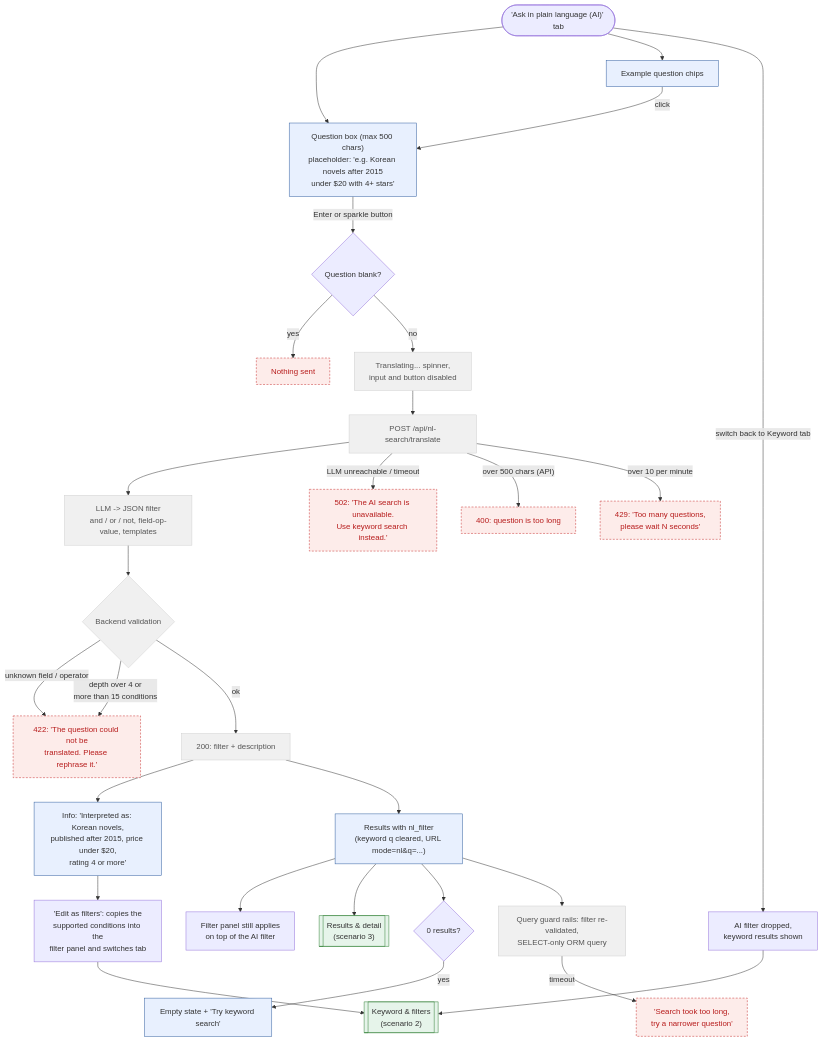
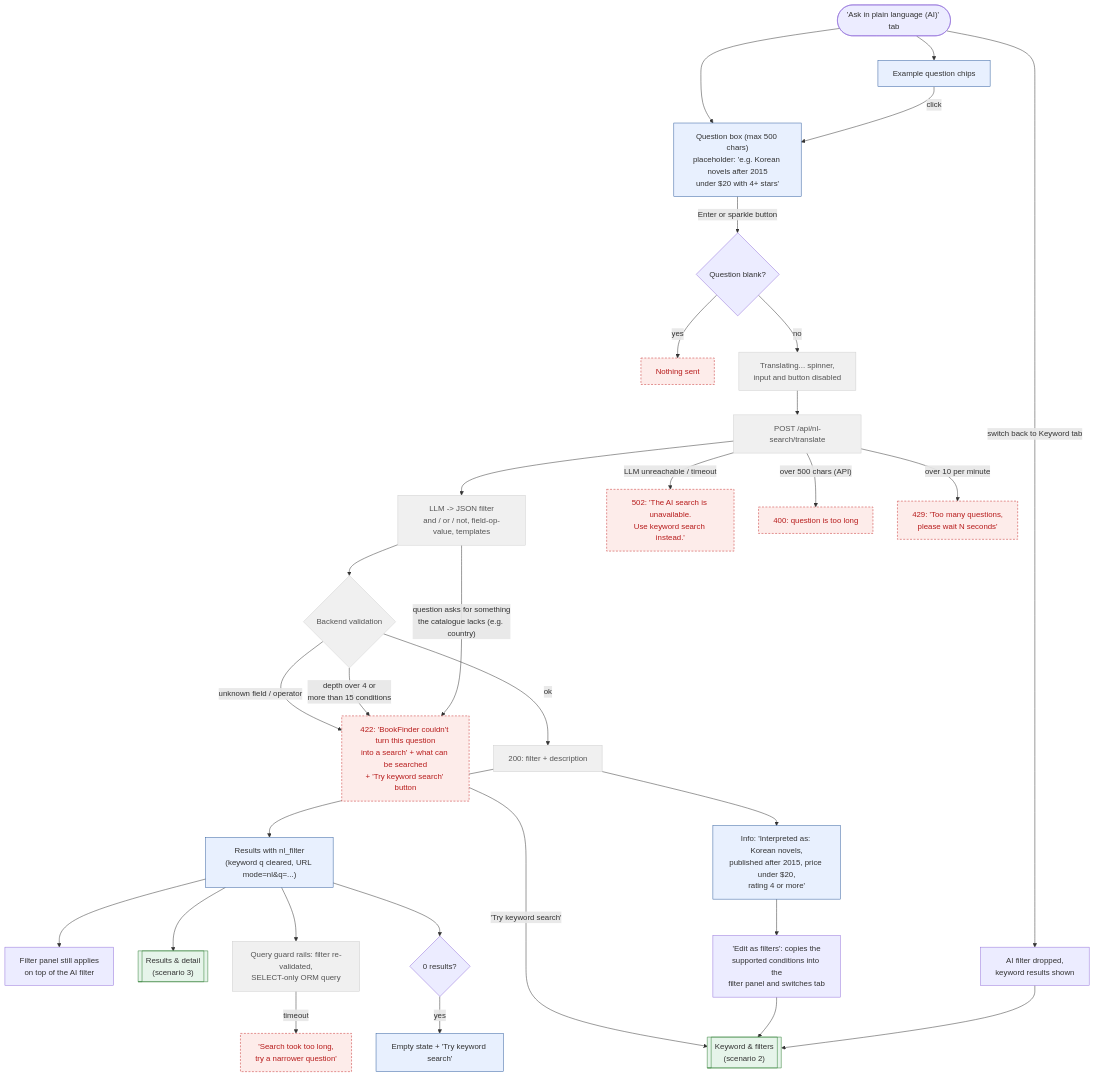
One commit to cd-jung/bookfinder changed the diagram in ux-flows/04-natural-language-search.md. Above: the diagram before and after it, drawn with Mermaid. The commit also changed 13 other files, not shown here.

First line of the commit message:
fix(nl-search): explain what can be searched when a question can't be translated

````diff
--- a/ux-flows/04-natural-language-search.md
+++ b/ux-flows/04-natural-language-search.md
@@ -8,48 +8,50 @@
 ```mermaid
 flowchart TD
   tab(["'Ask in plain language (AI)' tab"]) --> box["Question box (max 500 chars)<br/>placeholder: 'e.g. Korean novels after 2015<br/>under $20 with 4+ stars'"]
   tab --> examples["Example question chips"]
   examples -->|"click"| box
   box -->|"Enter or sparkle button"| empty{"Question blank?"}
   empty -->|"yes"| ignore["Nothing sent"]
   empty -->|"no"| translating["Translating... spinner,<br/>input and button disabled"]
 
   translating --> api["POST /api/nl-search/translate"]
   api --> llm["LLM -> JSON filter<br/>and / or / not, field-op-value, templates"]
   llm --> validate{"Backend validation"}
   validate -->|"unknown field / operator"| invalid
-  validate -->|"depth over 4 or<br/>more than 15 conditions"| invalid["422: 'The question could not be<br/>translated. Please rephrase it.'"]
+  validate -->|"depth over 4 or<br/>more than 15 conditions"| invalid["422: 'BookFinder couldn't turn this question<br/>into a search' + what can be searched<br/>+ 'Try keyword search' button"]
+  llm -->|"question asks for something<br/>the catalogue lacks (e.g. country)"| invalid
+  invalid -->|"'Try keyword search'"| keyword
   validate -->|"ok"| ok["200: filter + description"]
   api -->|"LLM unreachable / timeout"| down["502: 'The AI search is unavailable.<br/>Use keyword search instead.'"]
   api -->|"over 500 chars (API)"| tooLong["400: question is too long"]
   api -->|"over 10 per minute"| rateLimit["429: 'Too many questions,<br/>please wait N seconds'"]
 
   ok --> interpreted["Info: 'Interpreted as: Korean novels,<br/>published after 2015, price under $20,<br/>rating 4 or more'"]
   ok --> nlResults["Results with nl_filter<br/>(keyword q cleared, URL mode=nl&q=...)"]
   nlResults --> combine["Filter panel still applies<br/>on top of the AI filter"]
   nlResults --> results[["Results & detail<br/>(scenario 3)"]]
   nlResults --> noMatch{"0 results?"}
   noMatch -->|"yes"| nlEmpty["Empty state + 'Try keyword search'"]
   interpreted --> showFilters["'Edit as filters': copies the<br/>supported conditions into the<br/>filter panel and switches tab"]
   showFilters --> keyword[["Keyword & filters<br/>(scenario 2)"]]
 
   nlResults --> guard["Query guard rails: filter re-validated,<br/>SELECT-only ORM query"]
   guard -->|"timeout"| slow["'Search took too long,<br/>try a narrower question'"]
 
   tab -->|"switch back to Keyword tab"| resetMode["AI filter dropped,<br/>keyword results shown"]
   resetMode --> keyword
 
   classDef screen fill:#e8f0fe,stroke:#2f5d9e
   classDef hidden fill:#fdecea,stroke:#c62828,stroke-dasharray:4 3,color:#b71c1c
   classDef link fill:#e6f4ea,stroke:#2e7d32
   classDef internal fill:#f0f0f0,stroke:#cfcfcf,color:#555555
   class box,examples,interpreted,nlResults,nlEmpty screen
   class ignore,invalid,down,tooLong,slow,rateLimit hidden
   class results,keyword link
   class translating,api,llm,validate,ok,guard internal
 
   %% link results 03-results-book-detail.md
   %% link keyword 02-keyword-filter-search.md
 
   %% guide 04-ai-search.md
 ```
````
